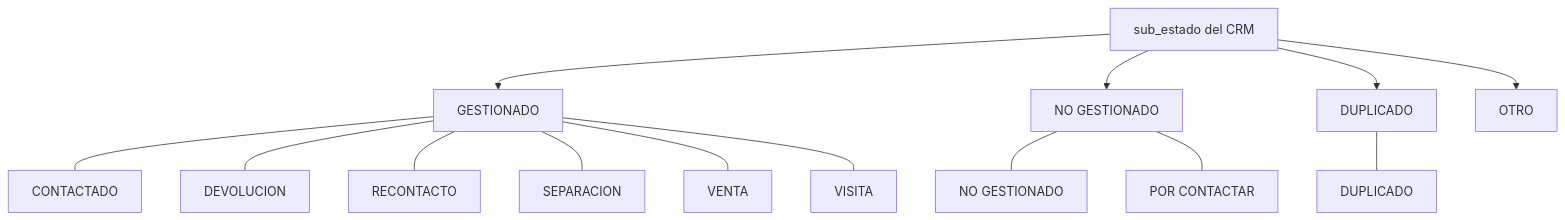
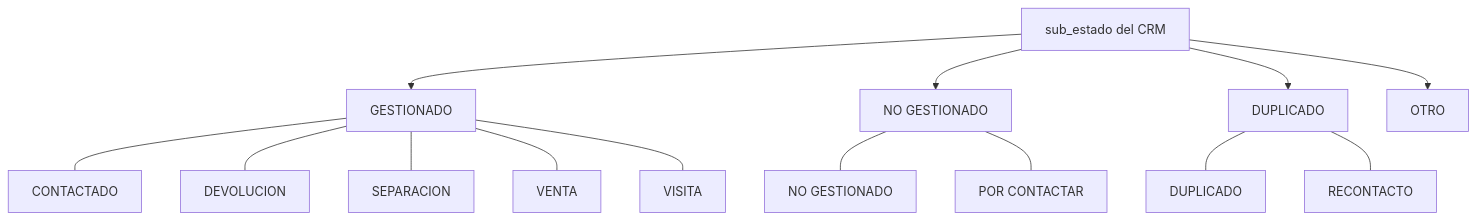
One commit to edwardvelo-performance/docs changed the third of 3 diagrams in business_logic/05_dashboard_calc/prospectos_data.md. Above: the diagram before and after it, drawn with Mermaid. The commit also changed other lines of this file and 15 other files, not shown here.

````diff
--- a/business_logic/05_dashboard_calc/prospectos_data.md
+++ b/business_logic/05_dashboard_calc/prospectos_data.md
@@ -67,19 +67,19 @@
 ```mermaid
 graph TD
     SE["sub_estado del CRM"] --> G["GESTIONADO"]
     SE --> NG["NO GESTIONADO"]
     SE --> D["DUPLICADO"]
     SE --> O["OTRO"]
 
     G --- G1["CONTACTADO"]
     G --- G2["DEVOLUCION"]
-    G --- G3["RECONTACTO"]
     G --- G4["SEPARACION"]
     G --- G5["VENTA"]
     G --- G6["VISITA"]
 
     NG --- NG1["NO GESTIONADO"]
     NG --- NG2["POR CONTACTAR"]
 
     D --- D1["DUPLICADO"]
+    D --- D2["RECONTACTO"]
 ```
````
